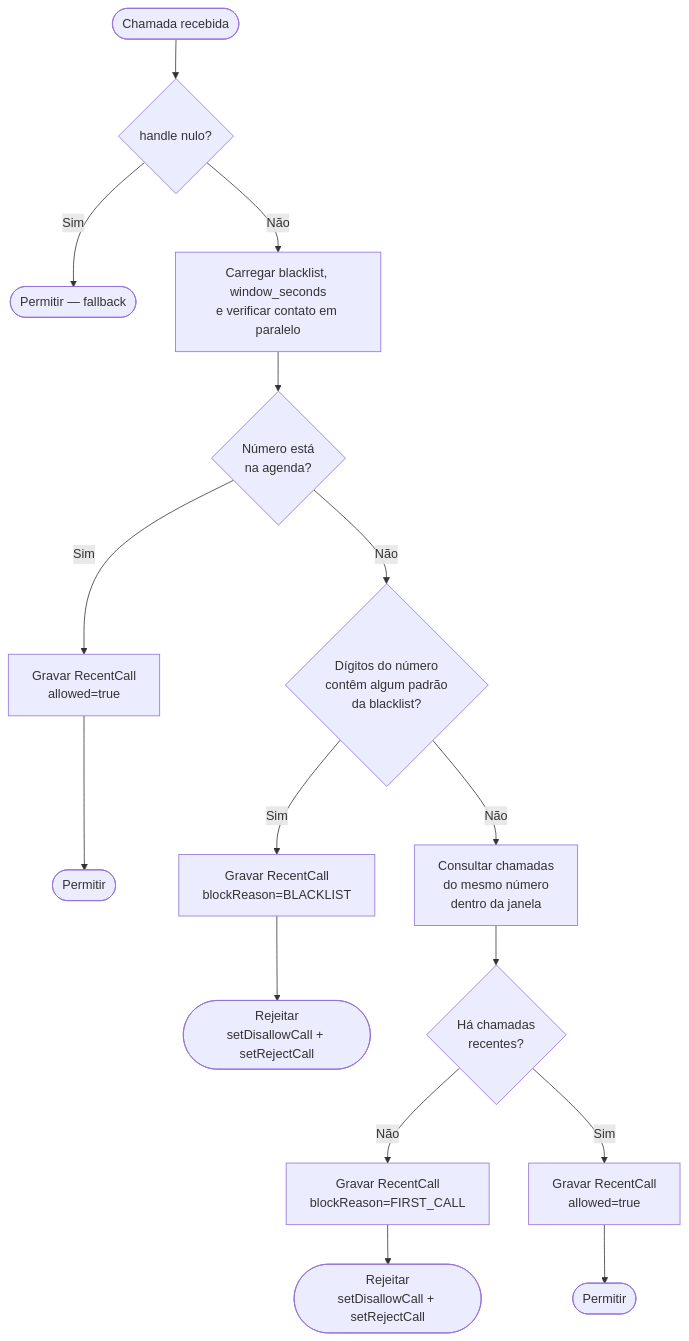
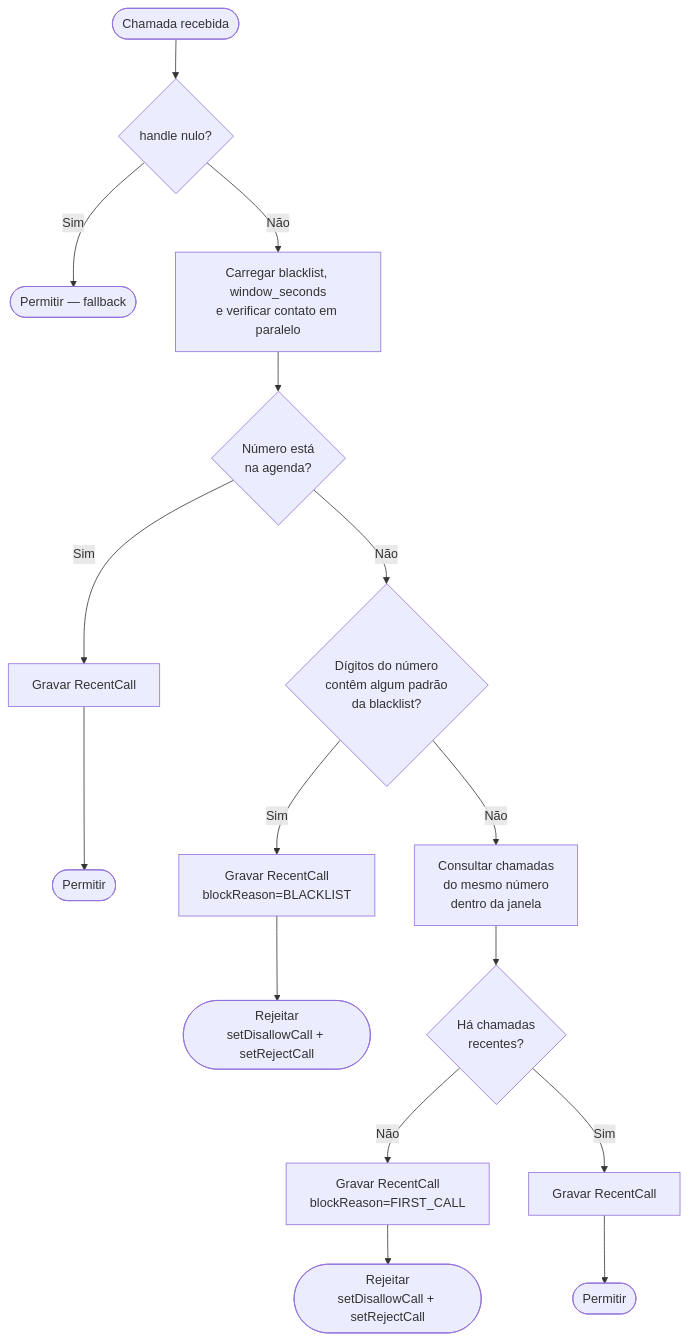
Before and after one commit to acdcmaia/call-guard: the first of 3 diagrams in ARCHITECTURE.md, drawn with Mermaid. The commit also changed other lines of this file and 16 other files, not shown here.

````diff
--- a/ARCHITECTURE.md
+++ b/ARCHITECTURE.md
@@ -251,18 +288,18 @@
 ```mermaid
 flowchart TD
     A([Chamada recebida]) --> B{handle nulo?}
     B -- Sim --> Z1([Permitir — fallback])
     B -- Não --> C[Carregar blacklist, window_seconds\ne verificar contato em paralelo]
     C --> CK{Número está\nna agenda?}
-    CK -- Sim --> ZC[Gravar RecentCall\nallowed=true]
+    CK -- Sim --> ZC[Gravar RecentCall]
     ZC --> Z5([Permitir])
     CK -- Não --> D{Dígitos do número\ncontêm algum padrão\nda blacklist?}
     D -- Sim --> E[Gravar RecentCall\nblockReason=BLACKLIST]
     E --> Z2([Rejeitar\nsetDisallowCall + setRejectCall])
     D -- Não --> F[Consultar chamadas\ndo mesmo número\ndentro da janela]
     F --> G{Há chamadas\nrecentes?}
     G -- Não --> H[Gravar RecentCall\nblockReason=FIRST_CALL]
     H --> Z3([Rejeitar\nsetDisallowCall + setRejectCall])
-    G -- Sim --> I[Gravar RecentCall\nallowed=true]
+    G -- Sim --> I[Gravar RecentCall]
     I --> Z4([Permitir])
 ```
````
